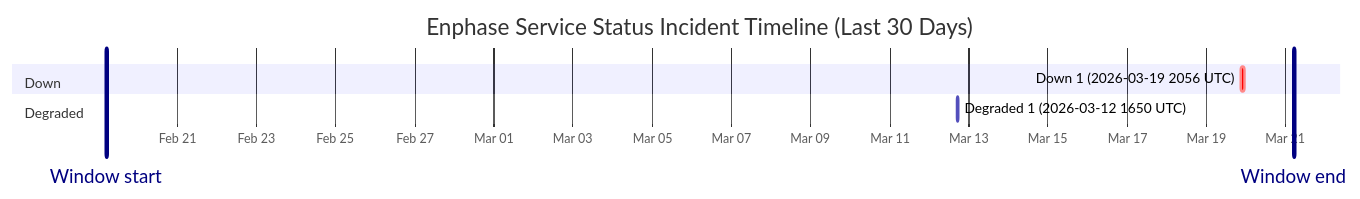
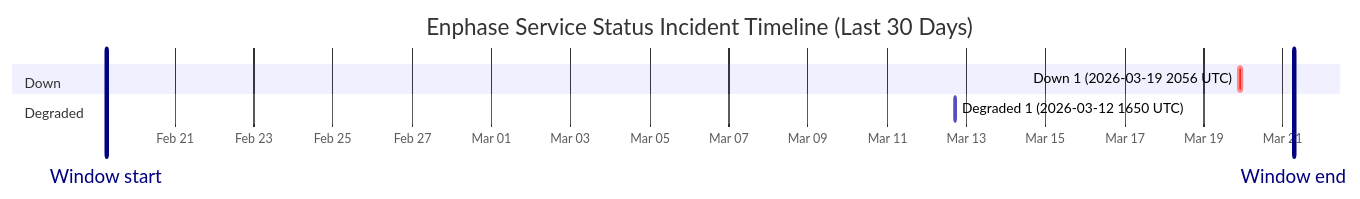
One commit to barneyonline/ha-enphase-ev-charger changed the diagram in wiki/Service-Status-History.md. Above: the diagram before and after it, drawn with Mermaid. The commit also changed other lines of this file and 3 other files, not shown here.

````diff
--- a/wiki/Service-Status-History.md
+++ b/wiki/Service-Status-History.md
@@ -14,12 +14,12 @@
 ```mermaid
 gantt
     title Enphase Service Status Incident Timeline (Last 30 Days)
     dateFormat  YYYY-MM-DDTHH:mm:ss
     axisFormat  %b %d
-    Window start :vert, window-start, 2026-02-19T05:04:11, 0ms
-    Window end :vert, window-end, 2026-03-21T05:04:11, 0ms
+    Window start :vert, window-start, 2026-02-19T06:31:53, 0ms
+    Window end :vert, window-end, 2026-03-21T06:31:53, 0ms
     section Down
     Down 1 (2026-03-19 2056 UTC) :crit, down-1, 2026-03-19T20:56:20, 145m
     section Degraded
     Degraded 1 (2026-03-12 1650 UTC) :active, degraded-1, 2026-03-12T16:50:43, 60m
 ```
````
